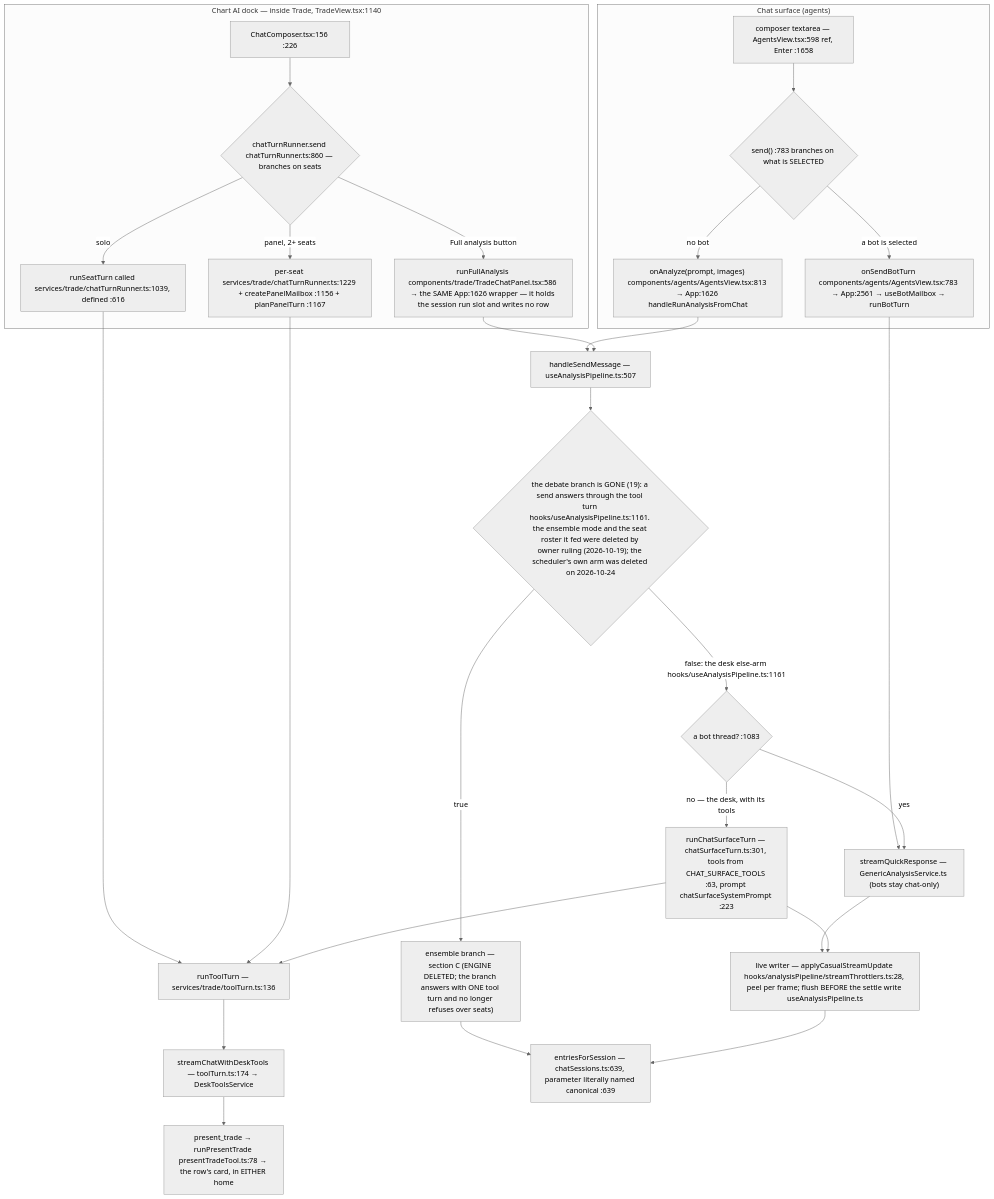
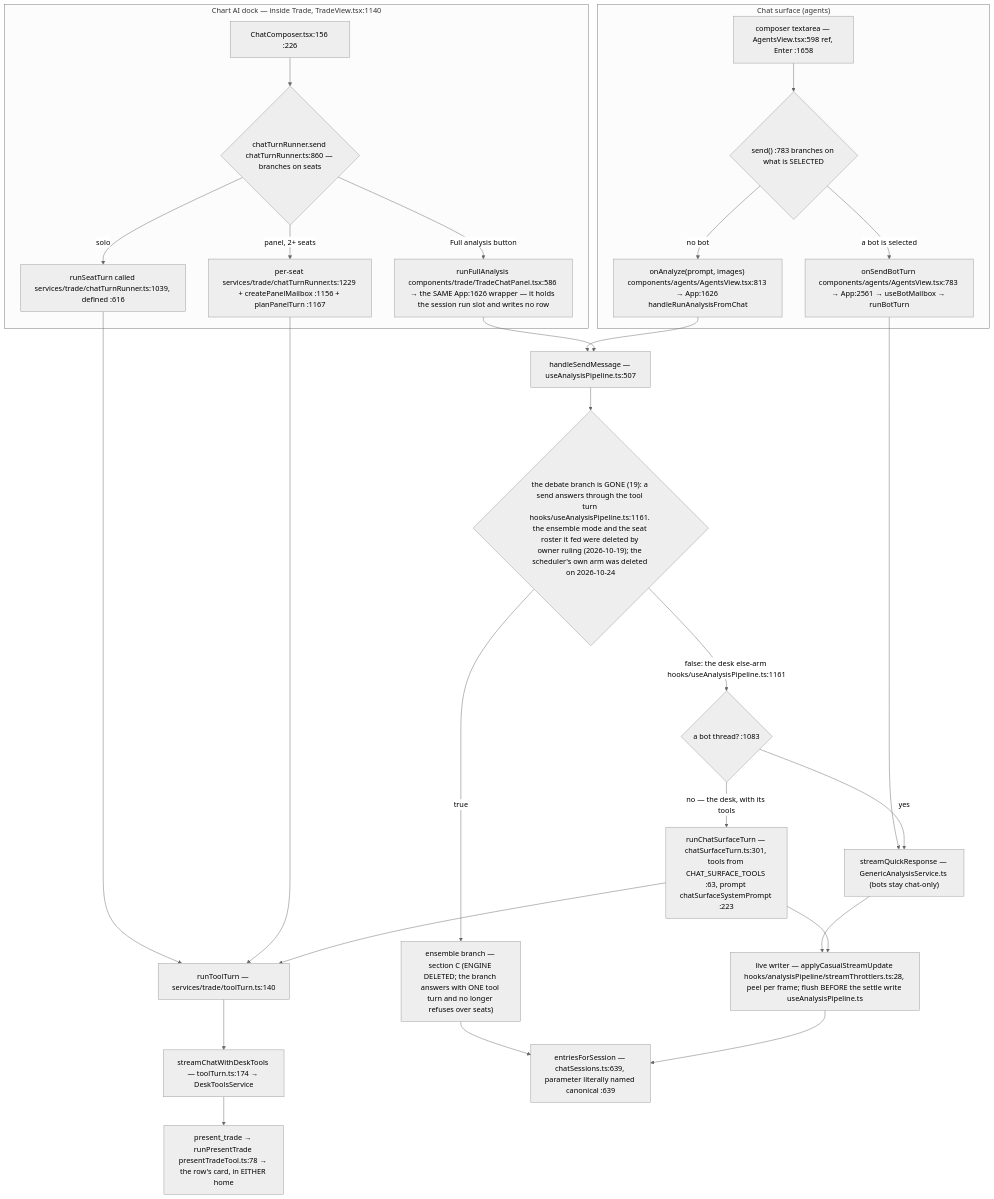
Before and after one commit to Acepay25/august-3.5: the second of 8 diagrams in docs/app-flow.md, drawn with Mermaid (neutral theme). The commit also changed other lines of this file and 25 other files, not shown here.

````diff
--- a/docs/app-flow.md
+++ b/docs/app-flow.md
@@ -78,31 +78,31 @@
 ```mermaid
 flowchart TD
     subgraph CHAT["Chat surface (agents)"]
         CB["composer textarea — AgentsView.tsx:598 ref, Enter :1658"] --> D1{"send() :783 branches on what is SELECTED"}
         D1 -->|a bot is selected| BOT["onSendBotTurn components/agents/AgentsView.tsx:783 → App:2561 → useBotMailbox → runBotTurn"]
         D1 -->|no bot| AN["onAnalyze(prompt, images) components/agents/AgentsView.tsx:813 → App:1626 handleRunAnalysisFromChat"]
     end
     subgraph DOCK["Chart AI dock — inside Trade, TradeView.tsx:1140"]
         DC["ChatComposer.tsx:156 :226"] --> D2{"chatTurnRunner.send chatTurnRunner.ts:860 — branches on seats"}
         D2 -->|solo| SO["runSeatTurn called services/trade/chatTurnRunner.ts:1039, defined :616"]
         D2 -->|panel, 2+ seats| PN["per-seat services/trade/chatTurnRunner.ts:1229 + createPanelMailbox :1156 + planPanelTurn :1167"]
         D2 -->|Full analysis button| FA["runFullAnalysis components/trade/TradeChatPanel.tsx:586 → the SAME App:1626 wrapper — it holds the session run slot and writes no row"]
     end
-    SO --> TT["runToolTurn — services/trade/toolTurn.ts:136"]
+    SO --> TT["runToolTurn — services/trade/toolTurn.ts:140"]
     PN --> TT
     TT --> SCDT["streamChatWithDeskTools — toolTurn.ts:174 → DeskToolsService"]
     BOT --> TR["streamQuickResponse — GenericAnalysisService.ts (bots stay chat-only)"]
     AN --> HSM["handleSendMessage — useAnalysisPipeline.ts:507"]
     FA --> HSM
     HSM --> D3{"the debate branch is GONE (19): a send answers through the tool turn hooks/useAnalysisPipeline.ts:1161. the ensemble mode and the seat roster it fed were deleted by owner ruling (2026-10-19); the scheduler's own arm was deleted on 2026-10-24"}
     D3 -->|true| ENS["ensemble branch — section C (ENGINE DELETED; the branch answers with ONE tool turn and no longer refuses over seats)"]
     D3 -->|false: the desk else-arm hooks/useAnalysisPipeline.ts:1161| SPLIT{"a bot thread? :1083"}
     SPLIT -->|yes| TR
     SPLIT -->|no — the desk, with its tools| CST["runChatSurfaceTurn — chatSurfaceTurn.ts:301, tools from CHAT_SURFACE_TOOLS :63, prompt chatSurfaceSystemPrompt :223"]
     CST --> TT
     TR --> LW["live writer — applyCasualStreamUpdate hooks/analysisPipeline/streamThrottlers.ts:28, peel per frame; flush BEFORE the settle write useAnalysisPipeline.ts"]
     CST --> LW
     ENS --> MERGE
     LW --> MERGE["entriesForSession — chatSessions.ts:639, parameter literally named canonical :639"]
     SCDT --> PT["present_trade → runPresentTrade presentTradeTool.ts:78 → the row's card, in EITHER home"]
 ```
````
